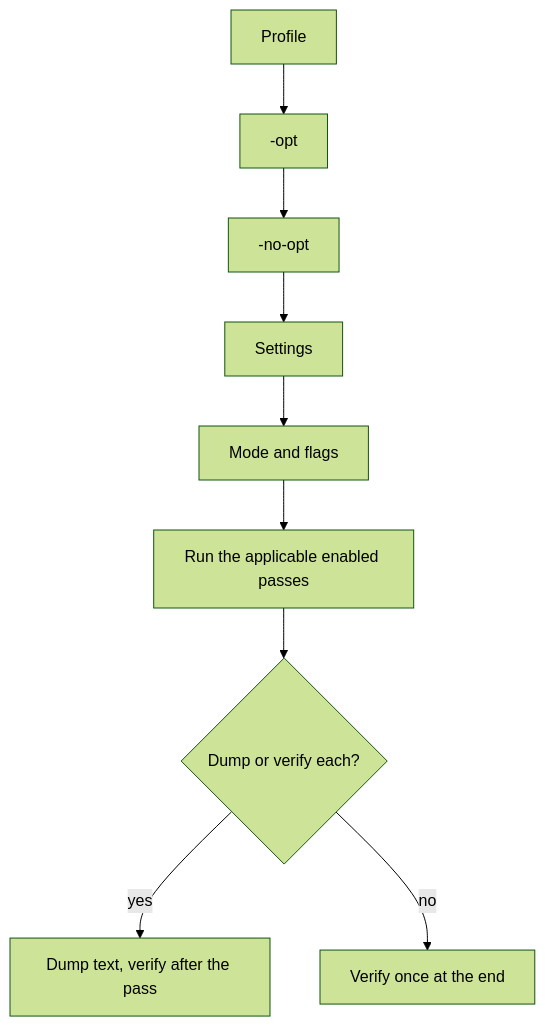
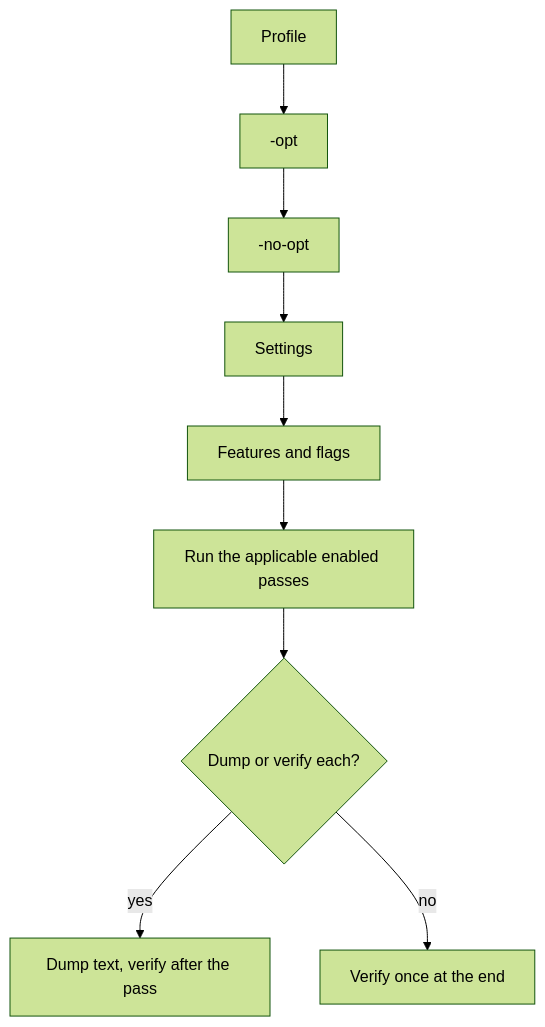
One commit to zeroparse/zp changed the second of 2 diagrams in docs/design/optimization-pipeline.md. Above: the diagram before and after it, drawn with Mermaid (forest theme). The commit also changed other lines of this file and 5 other files, not shown here.

First line of the commit message:
Align the design pages with the target architecture

````diff
--- a/docs/design/optimization-pipeline.md
+++ b/docs/design/optimization-pipeline.md
@@ -150,9 +168,9 @@
 ```mermaid
 flowchart TD
   P[Profile] --> O[-opt] --> N[-no-opt] --> S[Settings]
-  S --> M[Mode and flags]
+  S --> M[Features and flags]
   M --> R[Run the applicable enabled passes]
   R --> D{Dump or verify each?}
   D -- yes --> X[Dump text, verify after the pass]
   D -- no --> Y[Verify once at the end]
 ```
````
